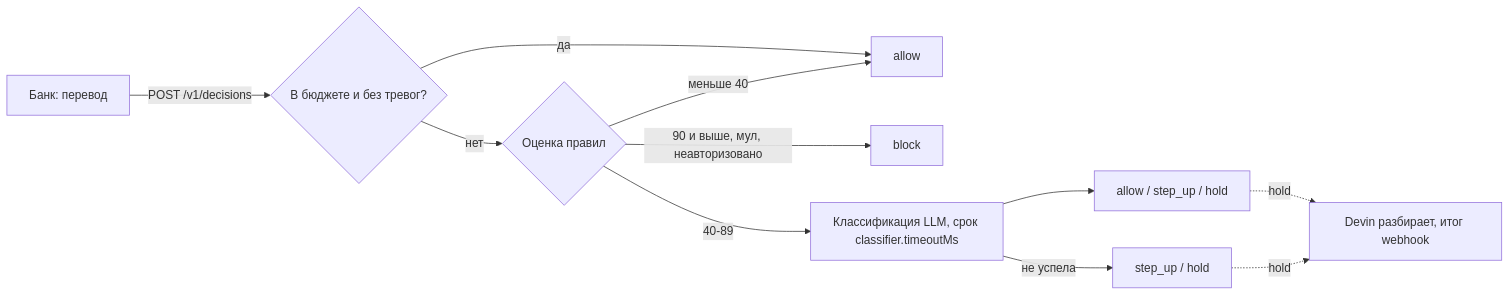
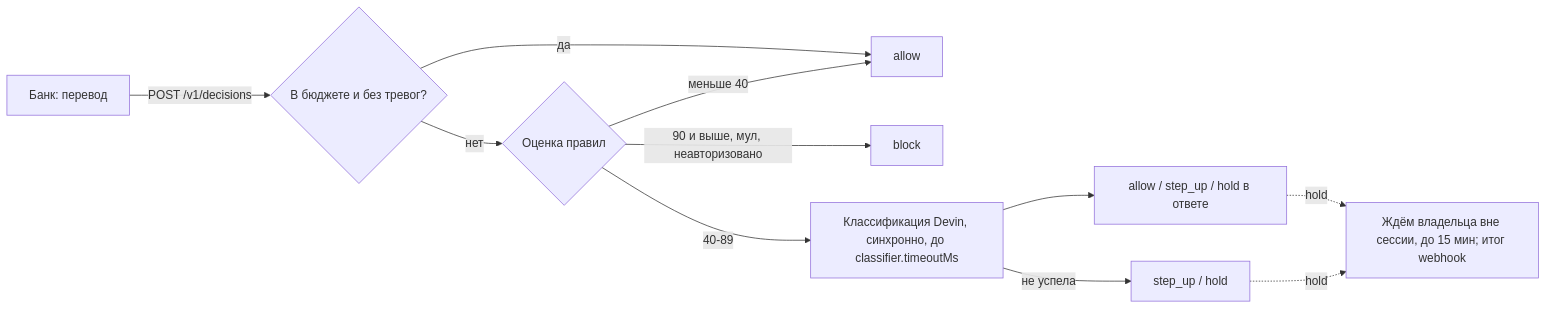
The diagram in docs/plan.md (hackaton201126/nightwatch), drawn with Mermaid before and after one commit. The commit also changed other lines of this file, not shown here.

Commit message:
docs: show the classification as synchronous, the webhook waiting only on the owner

````diff
--- a/docs/plan.md
+++ b/docs/plan.md
@@ -13,13 +13,13 @@
 ```mermaid
 flowchart LR
   bank[Банк: перевод] -->|POST /v1/decisions| budget{В бюджете и без тревог?}
   budget -->|да| allow[allow]
   budget -->|нет| score{Оценка правил}
   score -->|меньше 40| allow
   score -->|90 и выше, мул, неавторизовано| block[block]
-  score -->|40-89| llm[Классификация LLM, срок classifier.timeoutMs]
-  llm --> answer[allow / step_up / hold]
+  score -->|40-89| llm[Классификация Devin, синхронно, до classifier.timeoutMs]
+  llm --> answer[allow / step_up / hold в ответе]
   llm -->|не успела| fallback[step_up / hold]
-  answer -.->|hold| devin[Devin разбирает, итог webhook]
-  fallback -.->|hold| devin
+  answer -.->|hold| owner[Ждём владельца вне сессии, до 15 мин; итог webhook]
+  fallback -.->|hold| owner
 ```
````
